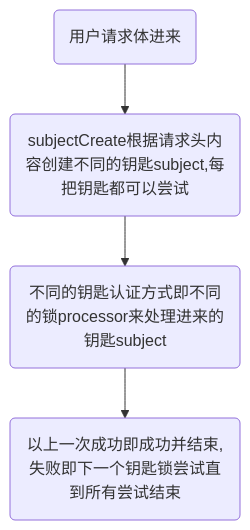
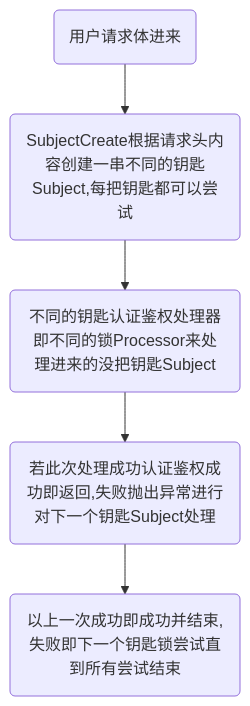
The diagram in docs/cn/extend-point.md (dromara/sureness), drawn with Mermaid before and after one commit. The commit also changed 14 other files, not shown here.

````diff
--- a/docs/cn/extend-point.md
+++ b/docs/cn/extend-point.md
@@ -16,7 +16,8 @@
 ```mermaid
 graph TD
 A(用户请求体进来) --> B(s)
-B(subjectCreate根据请求头内容创建不同的钥匙subject,每把钥匙都可以尝试) --> C(s)
-C(不同的钥匙认证方式即不同的锁processor来处理进来的钥匙subject) --> D(s)
-D(以上一次成功即成功并结束,失败即下一个钥匙锁尝试直到所有尝试结束)
+B(SubjectCreate根据请求头内容创建一串不同的钥匙Subject,每把钥匙都可以尝试) --> C(s)
+C(不同的钥匙认证鉴权处理器即不同的锁Processor来处理进来的没把钥匙Subject) --> D(s)
+D(若此次处理成功认证鉴权成功即返回,失败抛出异常进行对下一个钥匙Subject处理) --> E(s)
+E(以上一次成功即成功并结束,失败即下一个钥匙锁尝试直到所有尝试结束)  
 ```
````
